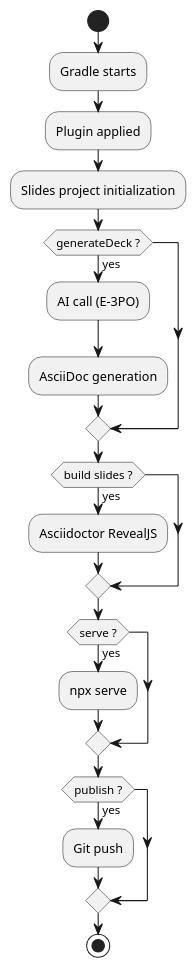
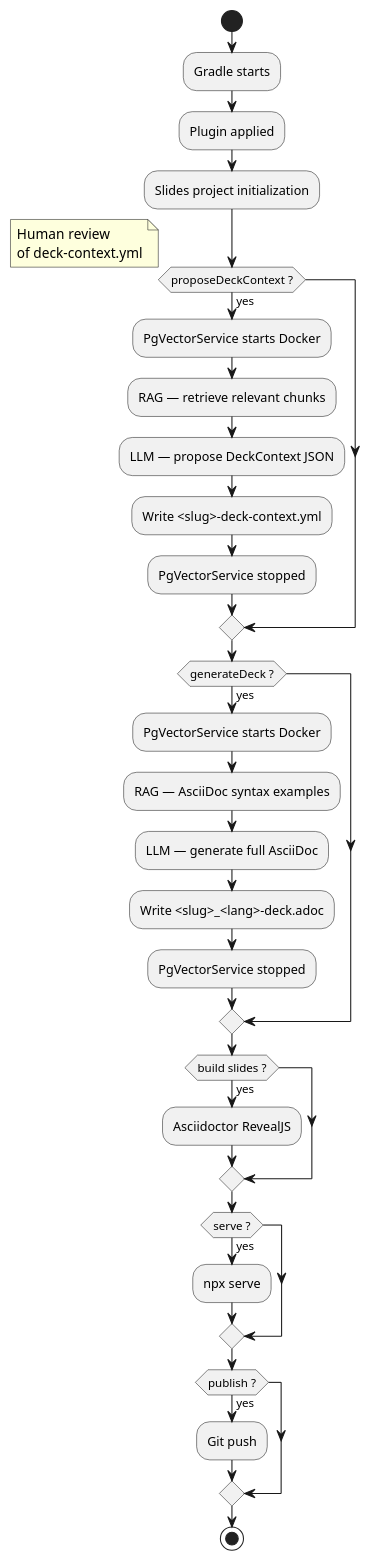
Before and after one commit to cheroliv/slider-gradle: the second of 10 diagrams in README_plantuml.adoc, drawn with PlantUML. The commit also changed other lines of this file and 1 other file, not shown here.

Commit message:
📝 docs(README_plantuml*): update AI generation process and file structure for deck context and generated decks

```diff
--- a/README_plantuml.adoc
+++ b/README_plantuml.adoc
@@ -55,27 +65,43 @@
 [plantuml]
 ....
 @startuml
 start
 :Gradle starts;
 :Plugin applied;
 :Slides project initialization;
 
+if (proposeDeckContext ?) then (yes)
+  :PgVectorService starts Docker;
+  :RAG — retrieve relevant chunks;
+  :LLM — propose DeckContext JSON;
+  :Write <slug>-deck-context.yml;
+  :PgVectorService stopped;
+endif
+
+note right
+  Human review
+  of deck-context.yml
+end note
+
 if (generateDeck ?) then (yes)
-  :AI call (E-3PO);
-  :AsciiDoc generation;
+  :PgVectorService starts Docker;
+  :RAG — AsciiDoc syntax examples;
+  :LLM — generate full AsciiDoc;
+  :Write <slug>_<lang>-deck.adoc;
+  :PgVectorService stopped;
 endif
 
 if (build slides ?) then (yes)
   :Asciidoctor RevealJS;
 endif
 
 if (serve ?) then (yes)
   :npx serve;
 endif
 
 if (publish ?) then (yes)
   :Git push;
 endif
 stop
 @enduml
 ....
```
